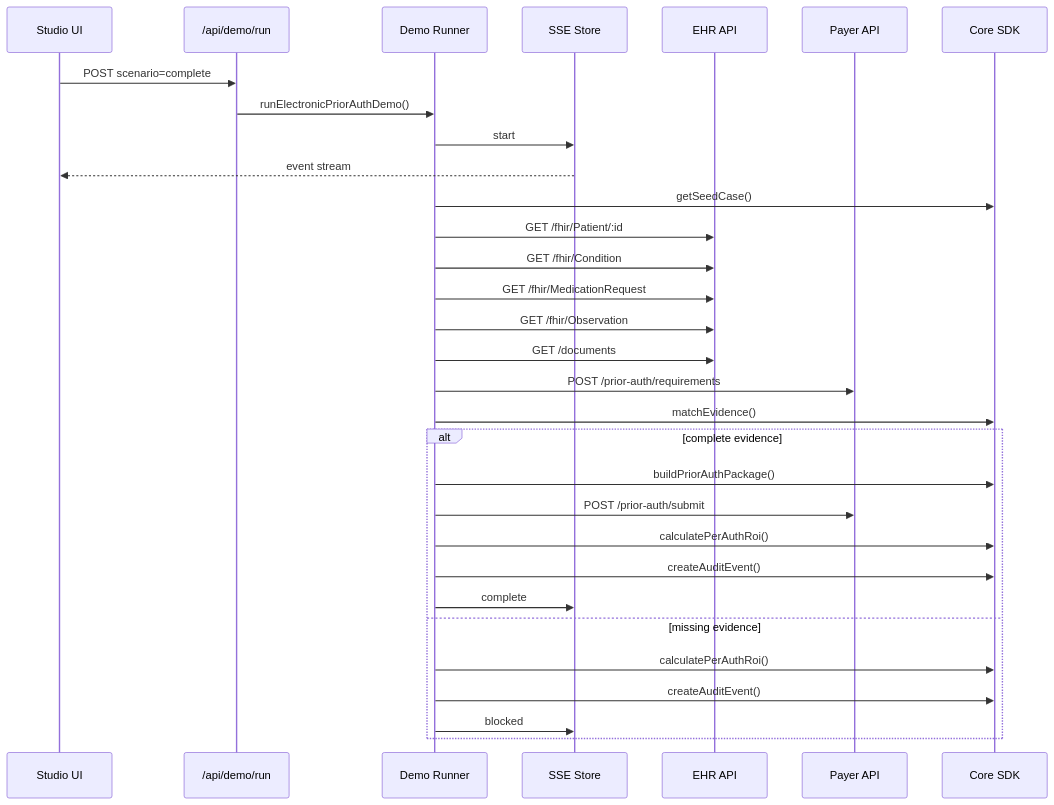
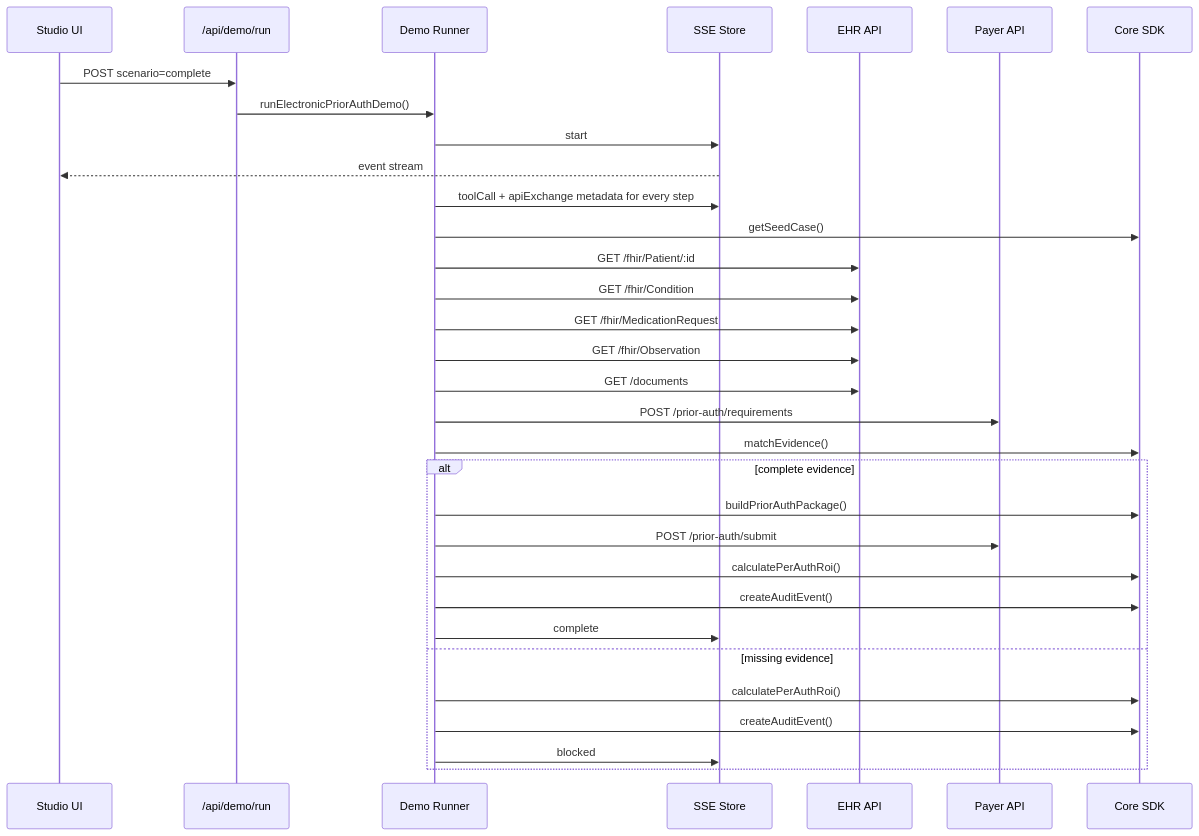
Before and after one commit to roshaninfordham/healthagentpassport: the third of 6 diagrams in docs/architecture.md, drawn with Mermaid. The commit also changed other lines of this file and 29 other files, not shown here.

````diff
--- a/docs/architecture.md
+++ b/docs/architecture.md
@@ -45,34 +45,35 @@
 ```mermaid
 sequenceDiagram
   participant UI as Studio UI
   participant API as /api/demo/run
   participant Runner as Demo Runner
   participant Events as SSE Store
   participant EHR as EHR API
   participant Payer as Payer API
   participant Core as Core SDK
 
   UI->>API: POST scenario=complete
   API->>Runner: runElectronicPriorAuthDemo()
   Runner->>Events: start
   Events-->>UI: event stream
+  Runner->>Events: toolCall + apiExchange metadata for every step
   Runner->>Core: getSeedCase()
   Runner->>EHR: GET /fhir/Patient/:id
   Runner->>EHR: GET /fhir/Condition
   Runner->>EHR: GET /fhir/MedicationRequest
   Runner->>EHR: GET /fhir/Observation
   Runner->>EHR: GET /documents
   Runner->>Payer: POST /prior-auth/requirements
   Runner->>Core: matchEvidence()
   alt complete evidence
     Runner->>Core: buildPriorAuthPackage()
     Runner->>Payer: POST /prior-auth/submit
     Runner->>Core: calculatePerAuthRoi()
     Runner->>Core: createAuditEvent()
     Runner->>Events: complete
   else missing evidence
     Runner->>Core: calculatePerAuthRoi()
     Runner->>Core: createAuditEvent()
     Runner->>Events: blocked
   end
 ```
````
